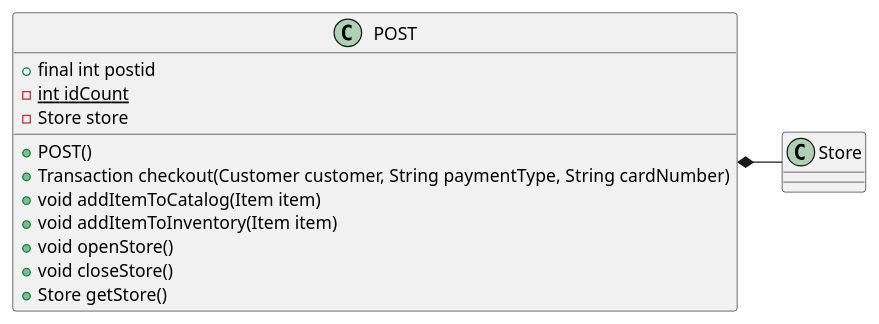
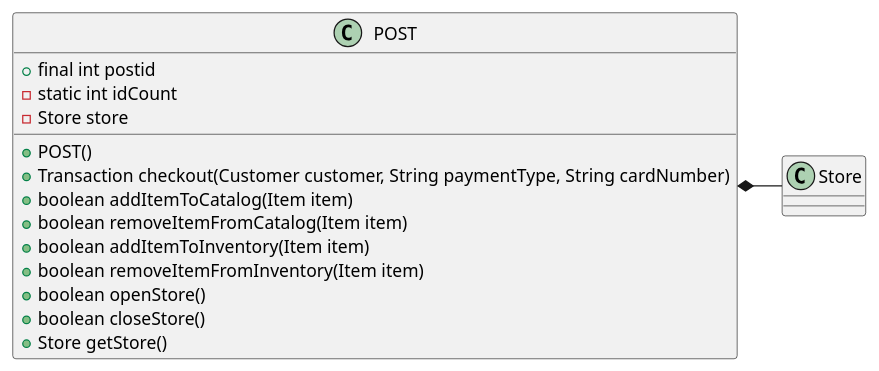
The diagram in plantuml/post/post.wsd (Peter408/POST-console-application), drawn with PlantUML before and after one commit. The commit also changed 1 other file, not shown here.

Commit message:
update post uml

```diff
--- a/plantuml/post/post.wsd
+++ b/plantuml/post/post.wsd
@@ -1,17 +1,20 @@
 @startuml post
 class Store
 class POST {
   + final int postid
-  {static} - int idCount
+  - static int idCount
   - Store store
   + POST()
   + Transaction checkout(Customer customer, String paymentType, String cardNumber)
-  + void addItemToCatalog(Item item)
-  + void addItemToInventory(Item item)
-  + void openStore()
-  + void closeStore()
+  + boolean addItemToCatalog(Item item)
+  + boolean removeItemFromCatalog(Item item)
+  + boolean addItemToInventory(Item item)
+  + boolean removeItemFromInventory(Item item)
+  + boolean openStore()
+  + boolean closeStore()
   + Store getStore()
 }
 
+
 POST *- Store
 @enduml
```
